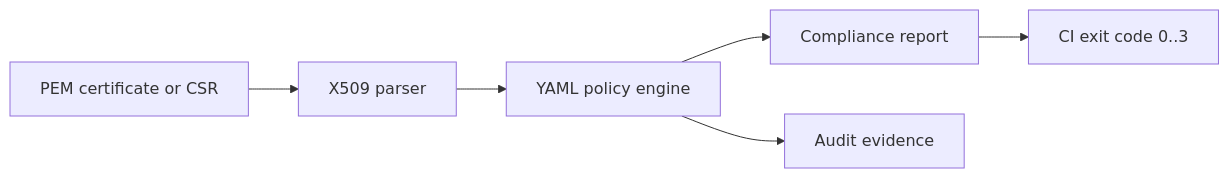
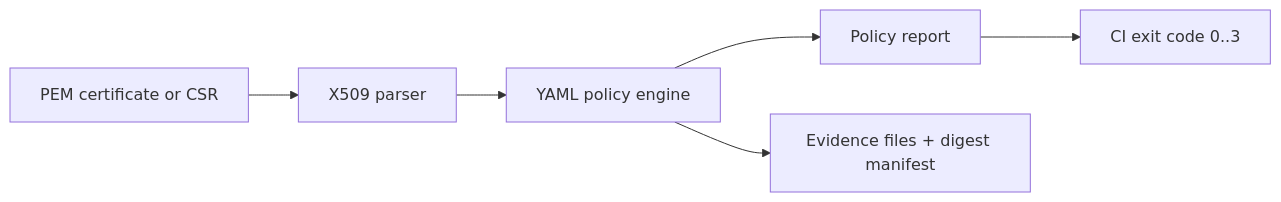
One commit to thulisa-n/pki-compliance-gate changed the diagram in README.md. Above: the diagram before and after it, drawn with Mermaid. The commit also changed other lines of this file and 9 other files, not shown here.

First line of the commit message:
docs: call the text report a policy gate

````diff
--- a/README.md
+++ b/README.md
@@ -236,8 +236,8 @@
 ```mermaid
 flowchart LR
     A[PEM certificate or CSR] --> B[X509 parser]
     B --> C[YAML policy engine]
-    C --> D[Compliance report]
-    C --> E[Audit evidence]
+    C --> D[Policy report]
+    C --> E[Evidence files + digest manifest]
     D --> F[CI exit code 0..3]
 ```
````
